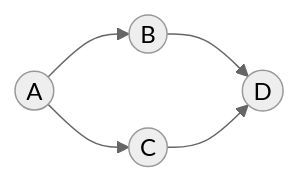
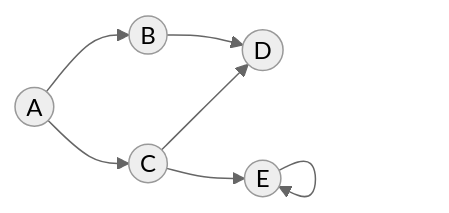
One commit to iasx/theory changed the first of 3 diagrams in Types.md. Above: the diagram before and after it, drawn with Mermaid (neutral theme). The commit also changed other lines of this file, not shown here.

````diff
--- a/Types.md
+++ b/Types.md
@@ -216,7 +217,9 @@
 ```mermaid
 graph LR
   A((A)) --> B((B))
   A((A)) --> C((C))
   B --> D((D))
   C --> D((D))
+  C --> E((E))
+  E --> E((E))
 ```
````
